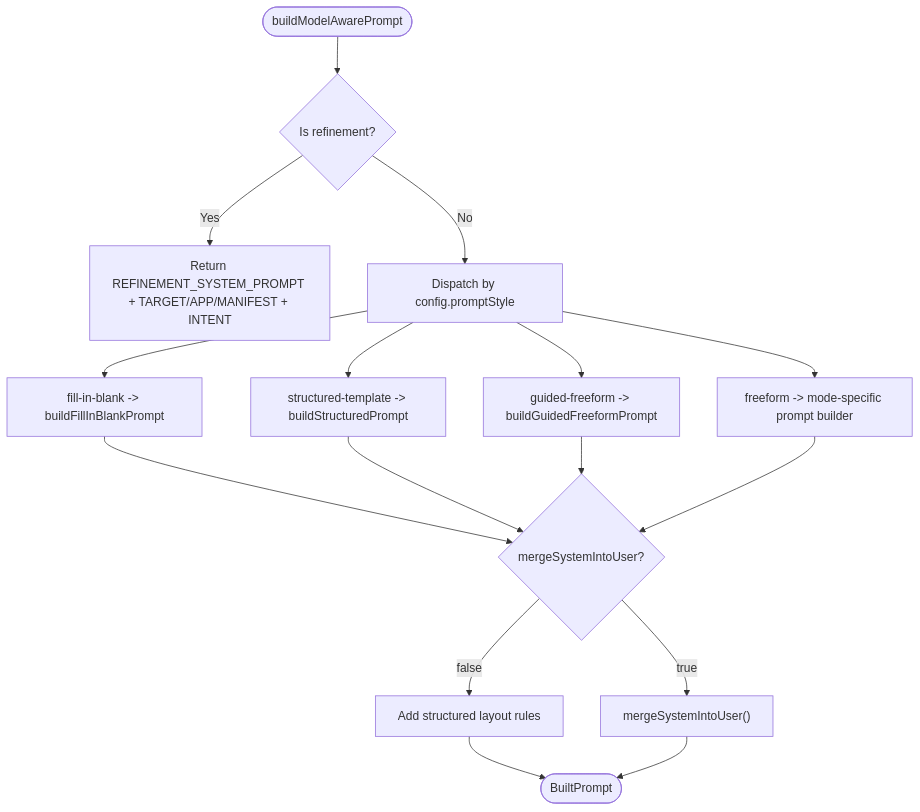
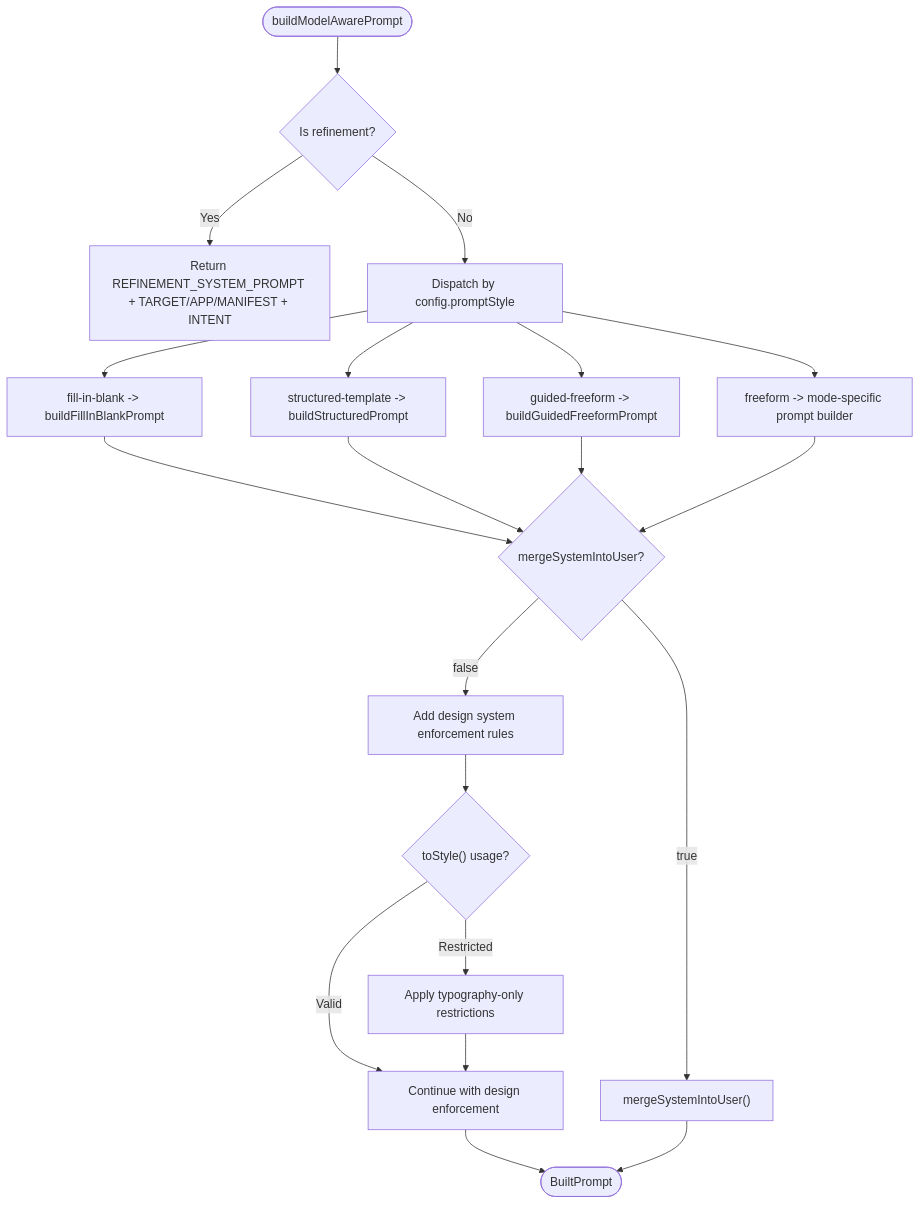
Before and after one commit to shekhargiri005-dotcom/AI-powered-accessibility-first-UI-engine: the third of 11 diagrams in .qoder/repowiki/en/content/AI Generation Engine/Core Generation Pipeline/Prompt Engineering & Context Injection.md, drawn with Mermaid. The commit also changed other lines of this file and 24 other files, not shown here.

````diff
--- a/.qoder/repowiki/en/content/AI Generation Engine/Core Generation Pipeline/Prompt Engineering & Context Injection.md
+++ b/.qoder/repowiki/en/content/AI Generation Engine/Core Generation Pipeline/Prompt Engineering & Context Injection.md
@@ -191,18 +212,22 @@
 ```mermaid
 flowchart TD
 Start(["buildModelAwarePrompt"]) --> CheckRefine{"Is refinement?"}
 CheckRefine --> |Yes| ReturnRefine["Return REFINEMENT_SYSTEM_PROMPT + TARGET/APP/MANIFEST + INTENT"]
 CheckRefine --> |No| PickStrategy["Dispatch by config.promptStyle"]
 PickStrategy --> FIB["fill-in-blank -> buildFillInBlankPrompt"]
 PickStrategy --> STR["structured-template -> buildStructuredPrompt"]
 PickStrategy --> GFF["guided-freeform -> buildGuidedFreeformPrompt"]
 PickStrategy --> FRM["freeform -> mode-specific prompt builder"]
 FIB --> Merge{"mergeSystemIntoUser?"}
 STR --> Merge
 GFF --> Merge
 FRM --> Merge
 Merge --> |true| MergeSys["mergeSystemIntoUser()"]
-Merge --> |false| AddLayoutRules["Add structured layout rules"]
-AddLayoutRules --> Done(["BuiltPrompt"])
+Merge --> |false| AddDesignEnforcement["Add design system enforcement rules"]
+AddDesignEnforcement --> CheckToStyle{"toStyle() usage?"}
+CheckToStyle --> |Restricted| ApplyRestrictions["Apply typography-only restrictions"]
+CheckToStyle --> |Valid| Continue["Continue with design enforcement"]
+ApplyRestrictions --> Continue
+Continue --> Done(["BuiltPrompt"])
 MergeSys --> Done
 ```
````
